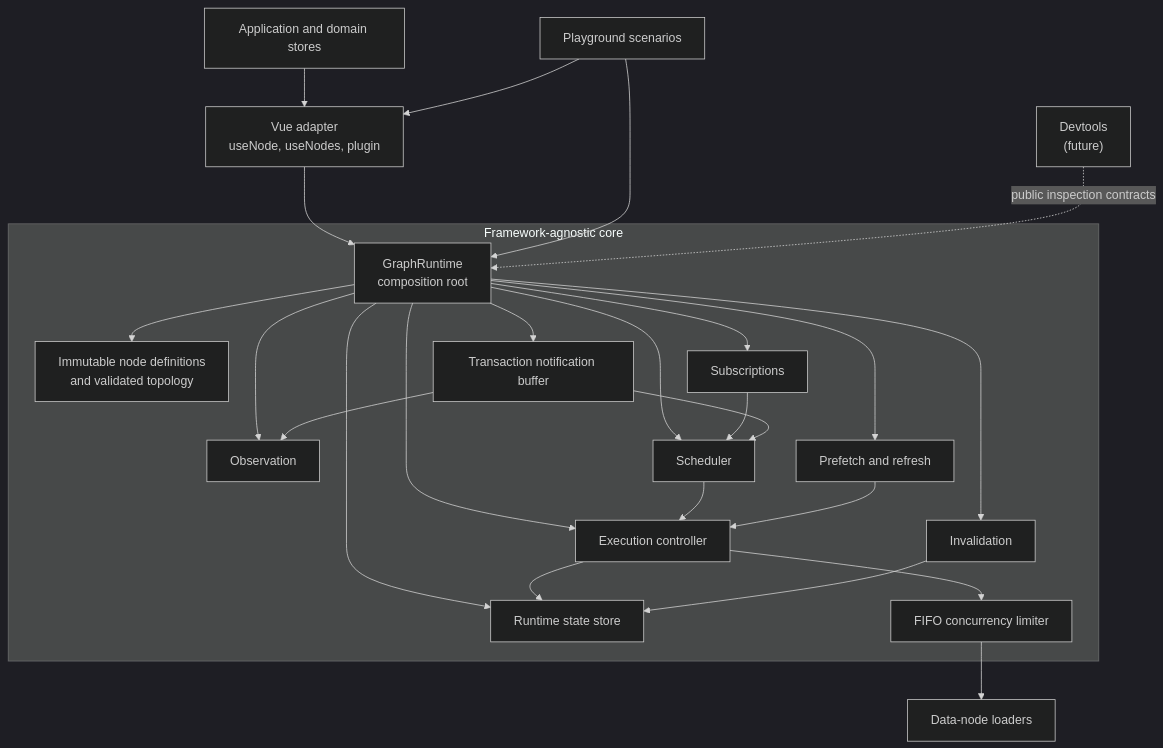
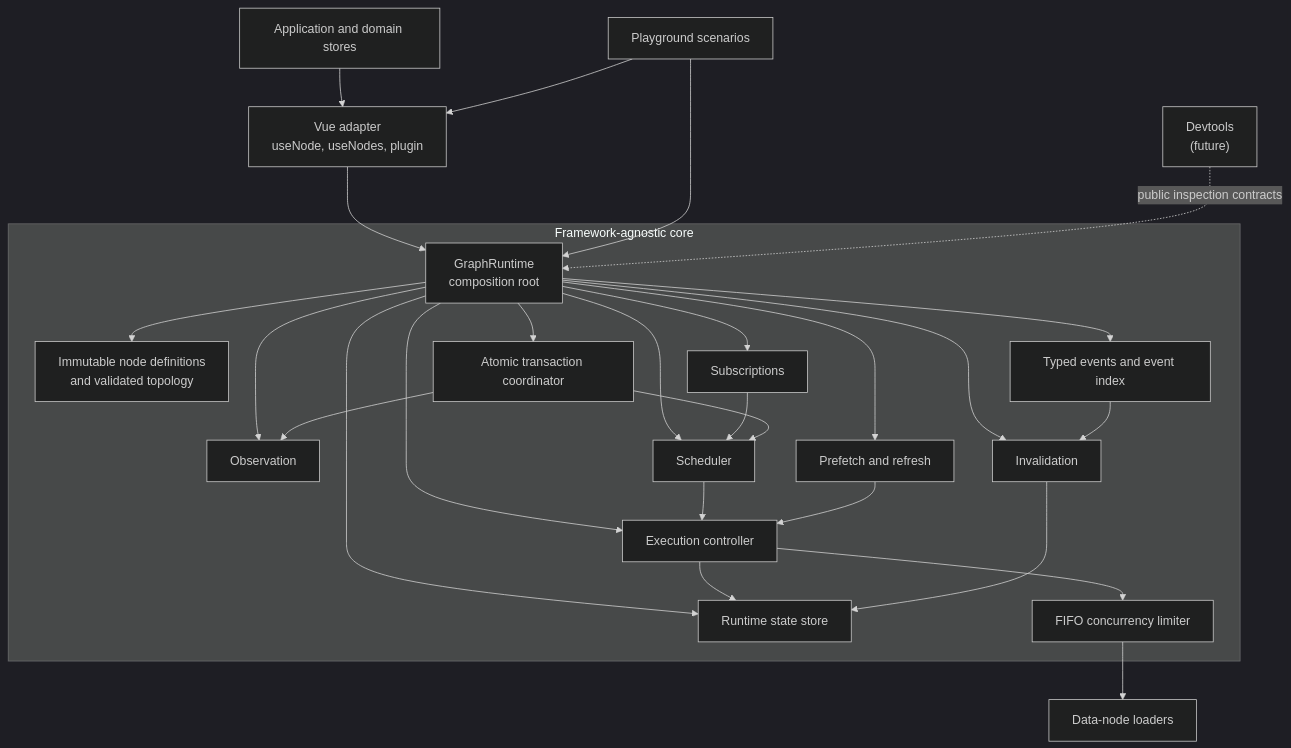
One commit to geraldkf/vue-dependency-graph changed the diagram in docs/architecture/01-system-overview.md. Above: the diagram before and after it, drawn with Mermaid (dark theme). The commit also changed other lines of this file and 46 other files, not shown here.

````diff
--- a/docs/architecture/01-system-overview.md
+++ b/docs/architecture/01-system-overview.md
@@ -7,48 +7,51 @@
 ```mermaid
 flowchart TB
     Application["Application and domain stores"]
     Vue["Vue adapter<br/>useNode, useNodes, plugin"]
     Playground["Playground scenarios"]
     Devtools["Devtools<br/>(future)"]
     Loaders["Data-node loaders"]
 
     subgraph Core["Framework-agnostic core"]
         Runtime["GraphRuntime<br/>composition root"]
         Graph["Immutable node definitions<br/>and validated topology"]
         State["Runtime state store"]
         Observation["Observation"]
         Subscriptions["Subscriptions"]
         Scheduler["Scheduler"]
         Execution["Execution controller"]
         Limiter["FIFO concurrency limiter"]
         Operations["Prefetch and refresh"]
+        Events["Typed events and event index"]
         Invalidation["Invalidation"]
-        Transactions["Transaction notification buffer"]
+        Transactions["Atomic transaction coordinator"]
     end
 
     Application --> Vue
     Vue --> Runtime
     Playground --> Vue
     Playground --> Runtime
     Devtools -. "public inspection contracts" .-> Runtime
 
     Runtime --> Graph
     Runtime --> State
     Runtime --> Observation
     Runtime --> Subscriptions
     Runtime --> Scheduler
     Runtime --> Execution
     Runtime --> Operations
+    Runtime --> Events
     Runtime --> Invalidation
     Runtime --> Transactions
 
     Subscriptions --> Scheduler
     Scheduler --> Execution
     Operations --> Execution
     Execution --> Limiter
     Limiter --> Loaders
     Execution --> State
+    Events --> Invalidation
     Invalidation --> State
     Transactions --> Observation
     Transactions --> Scheduler
 ```
````
